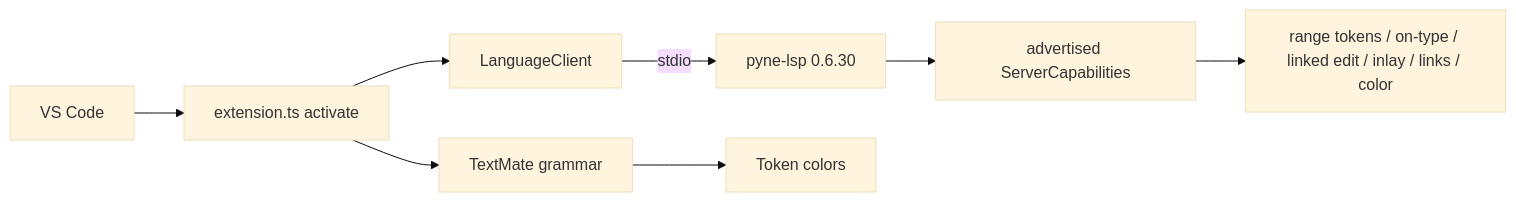
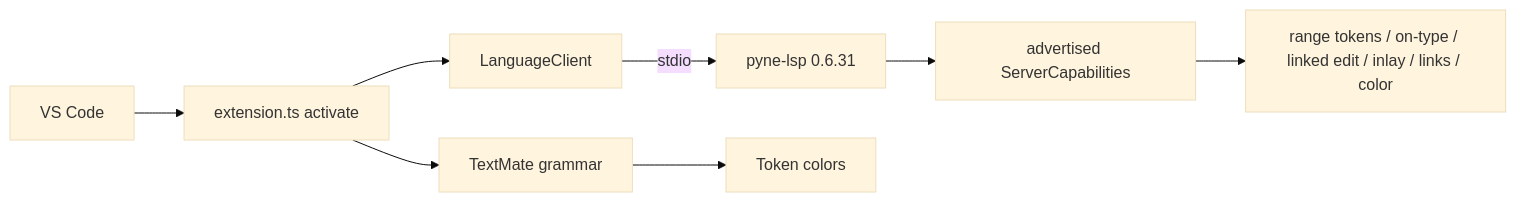
Before and after one commit to hoox-sh/pyne: the diagram in docs/pyne/lsp/vscode-extension.mdx, drawn with Mermaid (base theme). The commit also changed other lines of this file and 96 other files, not shown here.

````diff
--- a/docs/pyne/lsp/vscode-extension.mdx
+++ b/docs/pyne/lsp/vscode-extension.mdx
@@ -33,10 +33,10 @@
 ```mermaid
 flowchart LR
   VS[VS Code] --> EXT[extension.ts activate]
   EXT --> LC[LanguageClient]
-  LC -->|stdio| LSP[pyne-lsp 0.6.30]
+  LC -->|stdio| LSP[pyne-lsp 0.6.31]
   EXT --> TM[TextMate grammar]
   TM --> HL[Token colors]
   LSP --> CAP[advertised ServerCapabilities]
   CAP --> UI[range tokens / on-type / linked edit / inlay / links / color]
 ```
````
